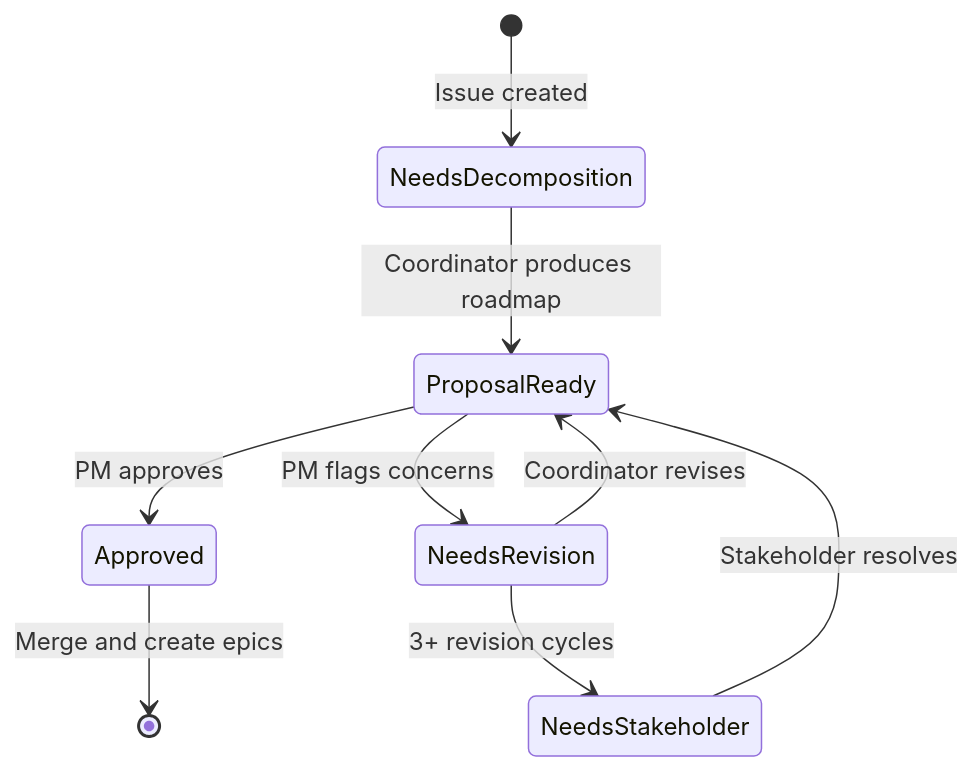
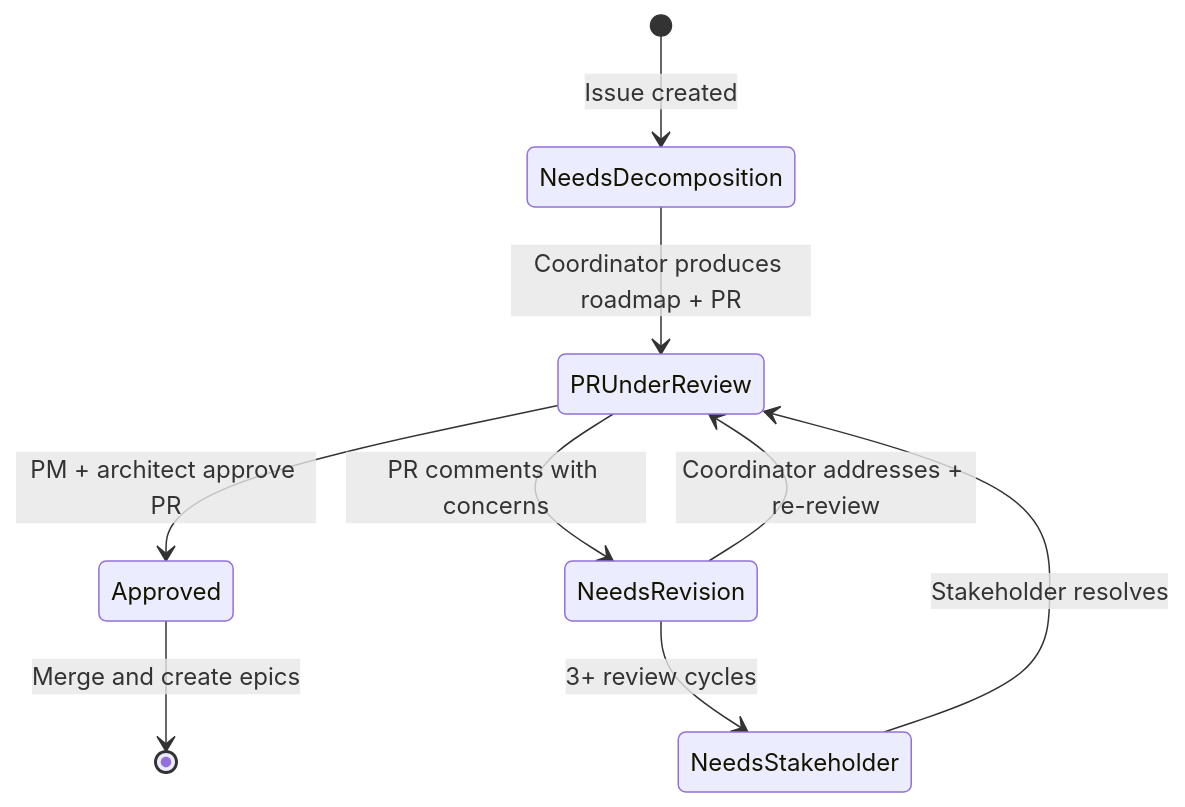
One commit to themachinagod/andgasm-claude-orchestration-project changed the eighth of 12 diagrams in docs/research/pipeline-redesign-v2.md. Above: the diagram before and after it, drawn with Mermaid. The commit also changed other lines of this file and 17 other files, not shown here.

````diff
--- a/docs/research/pipeline-redesign-v2.md
+++ b/docs/research/pipeline-redesign-v2.md
@@ -482,11 +468,11 @@
 ```mermaid
 stateDiagram-v2
     [*] --> NeedsDecomposition : Issue created
-    NeedsDecomposition --> ProposalReady : Coordinator produces roadmap
-    ProposalReady --> Approved : PM approves
-    ProposalReady --> NeedsRevision : PM flags concerns
-    NeedsRevision --> ProposalReady : Coordinator revises
-    NeedsRevision --> NeedsStakeholder : 3+ revision cycles
-    NeedsStakeholder --> ProposalReady : Stakeholder resolves
+    NeedsDecomposition --> PRUnderReview : Coordinator produces roadmap + PR
+    PRUnderReview --> Approved : PM + architect approve PR
+    PRUnderReview --> NeedsRevision : PR comments with concerns
+    NeedsRevision --> PRUnderReview : Coordinator addresses + re-review
+    NeedsRevision --> NeedsStakeholder : 3+ review cycles
+    NeedsStakeholder --> PRUnderReview : Stakeholder resolves
     Approved --> [*] : Merge and create epics
 ```
````
